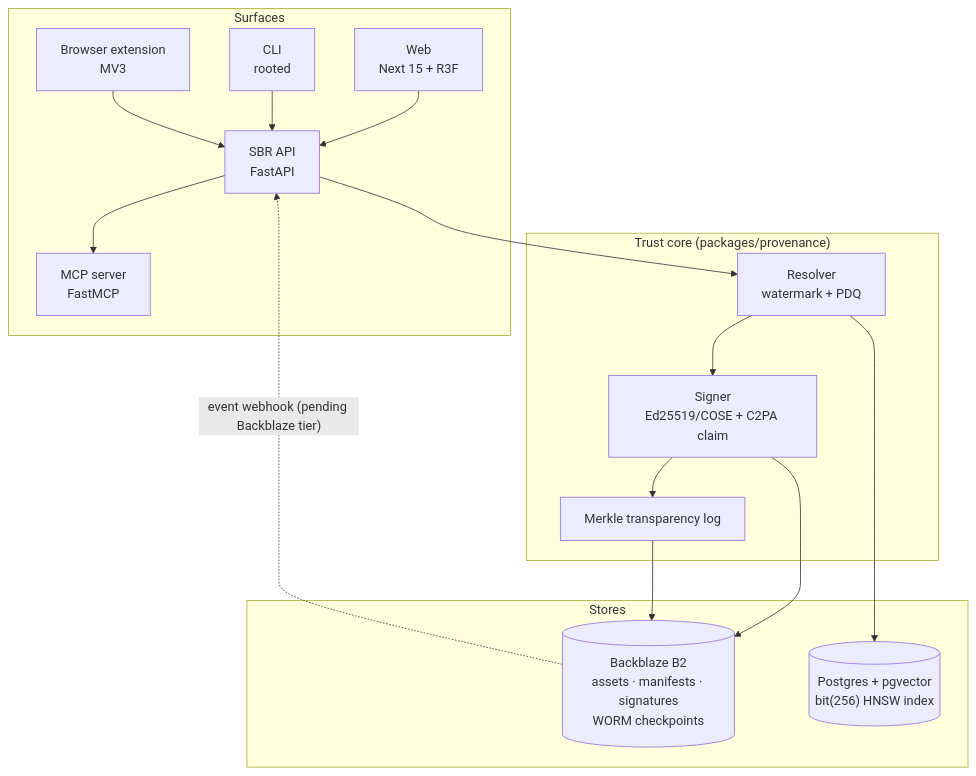
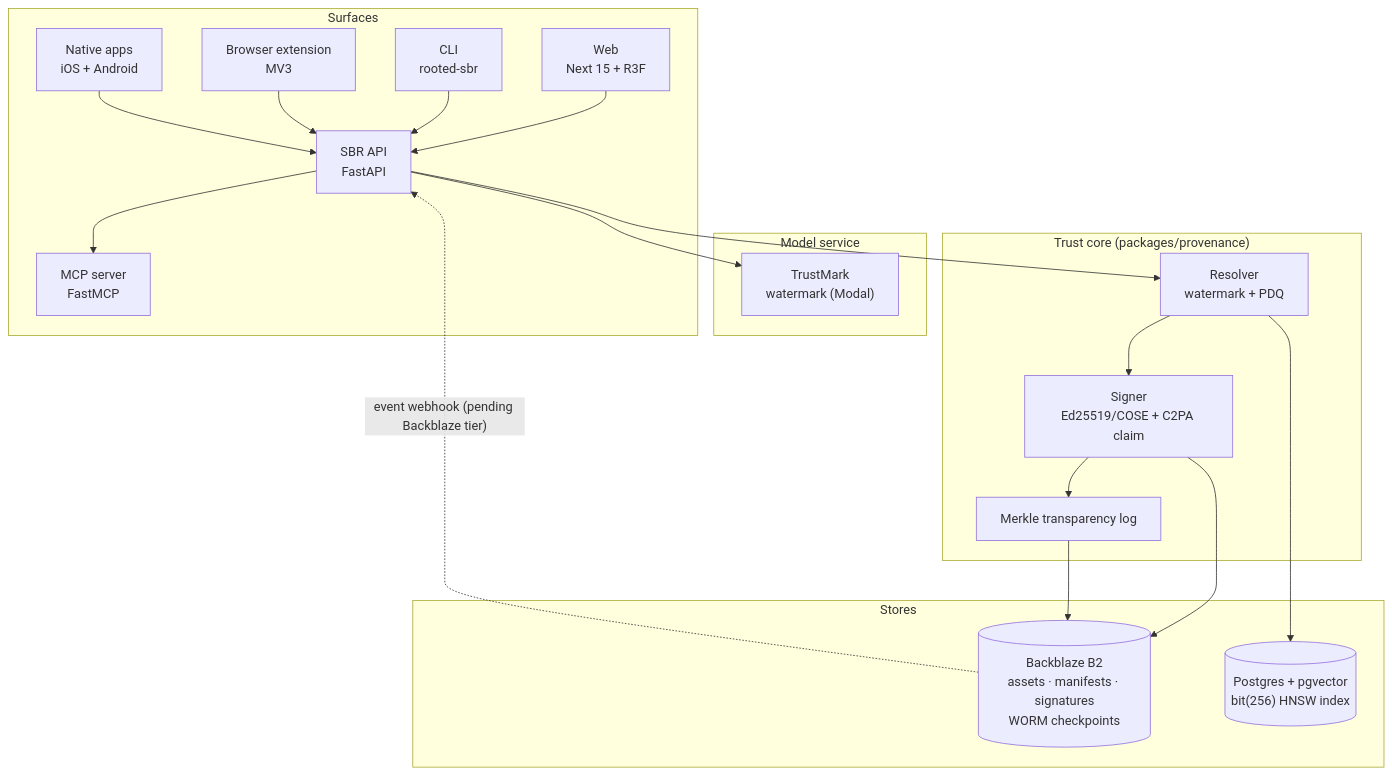
One commit to StephenSook/rooted changed the second of 2 diagrams in README.md. Above: the diagram before and after it, drawn with Mermaid. The commit also changed other lines of this file, not shown here.

First line of the commit message:
docs(readme): reflect the native apps, verify badge, Modal model, and live watermark decode

````diff
--- a/README.md
+++ b/README.md
@@ -95,28 +97,34 @@
 ```mermaid
 flowchart TB
     subgraph Surfaces
         WEB["Web<br/>Next 15 + R3F"]
         API["SBR API<br/>FastAPI"]
         MCP["MCP server<br/>FastMCP"]
-        CLI["CLI<br/>rooted"]
+        CLI["CLI<br/>rooted-sbr"]
         EXT["Browser extension<br/>MV3"]
+        MOB["Native apps<br/>iOS + Android"]
+    end
+    subgraph Model["Model service"]
+        WM["TrustMark<br/>watermark (Modal)"]
     end
     subgraph Core["Trust core (packages/provenance)"]
         RES["Resolver<br/>watermark + PDQ"]
         SIGN["Signer<br/>Ed25519/COSE + C2PA claim"]
         LOG["Merkle transparency log"]
     end
     subgraph Stores
         B2[("Backblaze B2<br/>assets · manifests · signatures<br/>WORM checkpoints")]
         PG[("Postgres + pgvector<br/>bit(256) HNSW index")]
     end
     WEB --> API
     CLI --> API
     EXT --> API
+    MOB --> API
     API --> MCP
+    API --> WM
     API --> RES --> SIGN --> LOG
     RES --> PG
     SIGN --> B2
     LOG --> B2
     B2 -. "event webhook (pending Backblaze tier)" .-> API
 ```
````
